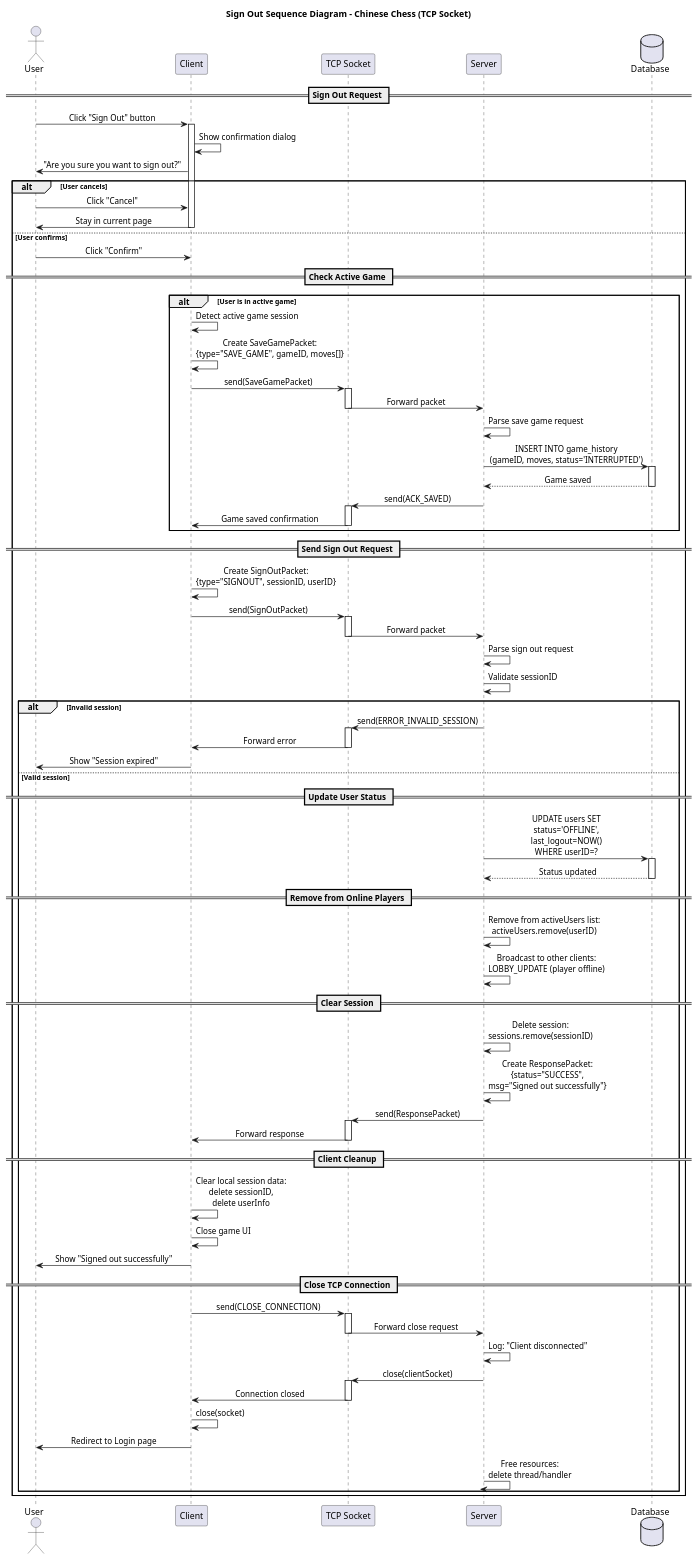
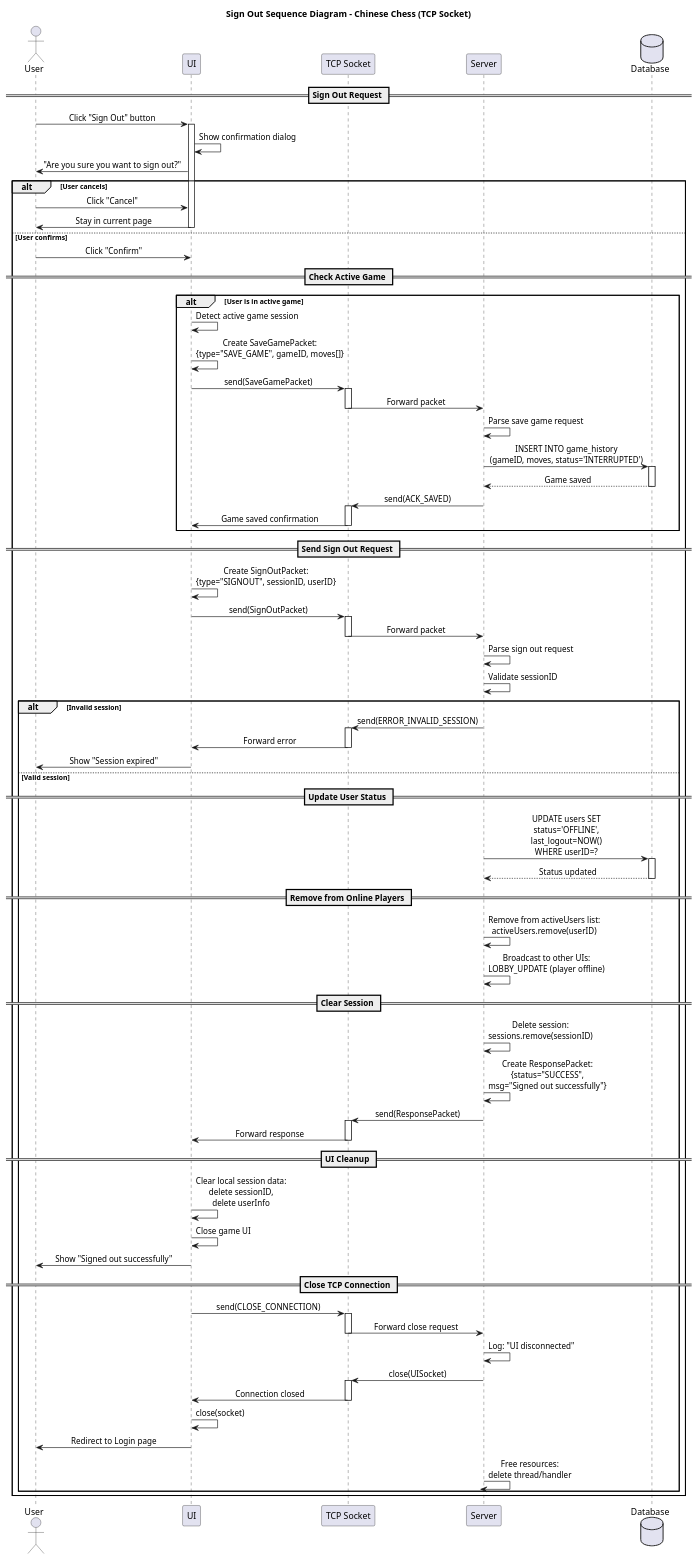
Before and after one commit to StrongDZ/Chinese-chess-nework-programming: the diagram in SequenceDiagram/signout.puml, drawn with PlantUML. The commit also changed 38 other files, not shown here.

Commit message:
Update sequence diagrams and backend specs

```diff
--- a/SequenceDiagram/signout.puml
+++ b/SequenceDiagram/signout.puml
@@ -1,118 +1,118 @@
 @startuml
 title Sign Out Sequence Diagram - Chinese Chess (TCP Socket)
 
 skinparam sequenceMessageAlign center
 skinparam responseMessageBelowArrow true
 
 actor User
-participant "Client" as Client
+participant "UI" as UI
 participant "TCP Socket" as Socket
 participant "Server" as Server
 database "Database" as DB
 
 == Sign Out Request ==
-User -> Client: Click "Sign Out" button
-activate Client
+User -> UI: Click "Sign Out" button
+activate UI
 
-Client -> Client: Show confirmation dialog
-Client -> User: "Are you sure you want to sign out?"
+UI -> UI: Show confirmation dialog
+UI -> User: "Are you sure you want to sign out?"
 
 alt User cancels
-    User -> Client: Click "Cancel"
-    Client -> User: Stay in current page
-    deactivate Client
+    User -> UI: Click "Cancel"
+    UI -> User: Stay in current page
+    deactivate UI
     
 else User confirms
-    User -> Client: Click "Confirm"
+    User -> UI: Click "Confirm"
     
     == Check Active Game ==
     alt User is in active game
-        Client -> Client: Detect active game session
-        Client -> Client: Create SaveGamePacket:\n{type="SAVE_GAME", gameID, moves[]}
+        UI -> UI: Detect active game session
+        UI -> UI: Create SaveGamePacket:\n{type="SAVE_GAME", gameID, moves[]}
         
-        Client -> Socket: send(SaveGamePacket)
+        UI -> Socket: send(SaveGamePacket)
         activate Socket
         Socket -> Server: Forward packet
         deactivate Socket
         
         Server -> Server: Parse save game request
         Server -> DB: INSERT INTO game_history\n(gameID, moves, status='INTERRUPTED')
         activate DB
         DB --> Server: Game saved
         deactivate DB
         
         Server -> Socket: send(ACK_SAVED)
         activate Socket
-        Socket -> Client: Game saved confirmation
+        Socket -> UI: Game saved confirmation
         deactivate Socket
     end
     
     == Send Sign Out Request ==
-    Client -> Client: Create SignOutPacket:\n{type="SIGNOUT", sessionID, userID}
+    UI -> UI: Create SignOutPacket:\n{type="SIGNOUT", sessionID, userID}
     
-    Client -> Socket: send(SignOutPacket)
+    UI -> Socket: send(SignOutPacket)
     activate Socket
     Socket -> Server: Forward packet
     deactivate Socket
     
     Server -> Server: Parse sign out request
     Server -> Server: Validate sessionID
     
     alt Invalid session
         Server -> Socket: send(ERROR_INVALID_SESSION)
         activate Socket
-        Socket -> Client: Forward error
+        Socket -> UI: Forward error
         deactivate Socket
-        Client -> User: Show "Session expired"
+        UI -> User: Show "Session expired"
         
     else Valid session
         == Update User Status ==
         Server -> DB: UPDATE users SET\nstatus='OFFLINE',\nlast_logout=NOW()\nWHERE userID=?
         activate DB
         DB --> Server: Status updated
         deactivate DB
         
         == Remove from Online Players ==
         Server -> Server: Remove from activeUsers list:\nactiveUsers.remove(userID)
         
-        Server -> Server: Broadcast to other clients:\nLOBBY_UPDATE (player offline)
+        Server -> Server: Broadcast to other UIs:\nLOBBY_UPDATE (player offline)
         
         == Clear Session ==
         Server -> Server: Delete session:\nsessions.remove(sessionID)
         
         Server -> Server: Create ResponsePacket:\n{status="SUCCESS",\nmsg="Signed out successfully"}
         
         Server -> Socket: send(ResponsePacket)
         activate Socket
-        Socket -> Client: Forward response
+        Socket -> UI: Forward response
         deactivate Socket
         
-        == Client Cleanup ==
-        Client -> Client: Clear local session data:\ndelete sessionID,\ndelete userInfo
+        == UI Cleanup ==
+        UI -> UI: Clear local session data:\ndelete sessionID,\ndelete userInfo
         
-        Client -> Client: Close game UI
-        Client -> User: Show "Signed out successfully"
+        UI -> UI: Close game UI
+        UI -> User: Show "Signed out successfully"
         
         == Close TCP Connection ==
-        Client -> Socket: send(CLOSE_CONNECTION)
+        UI -> Socket: send(CLOSE_CONNECTION)
         activate Socket
         Socket -> Server: Forward close request
         deactivate Socket
         
-        Server -> Server: Log: "Client disconnected"
-        Server -> Socket: close(clientSocket)
+        Server -> Server: Log: "UI disconnected"
+        Server -> Socket: close(UISocket)
         activate Socket
-        Socket -> Client: Connection closed
+        Socket -> UI: Connection closed
         deactivate Socket
         
-        Client -> Client: close(socket)
+        UI -> UI: close(socket)
         
-        Client -> User: Redirect to Login page
-        deactivate Client
+        UI -> User: Redirect to Login page
+        deactivate UI
         
         Server -> Server: Free resources:\ndelete thread/handler
         deactivate Server
     end
 end
 
 @enduml
```
